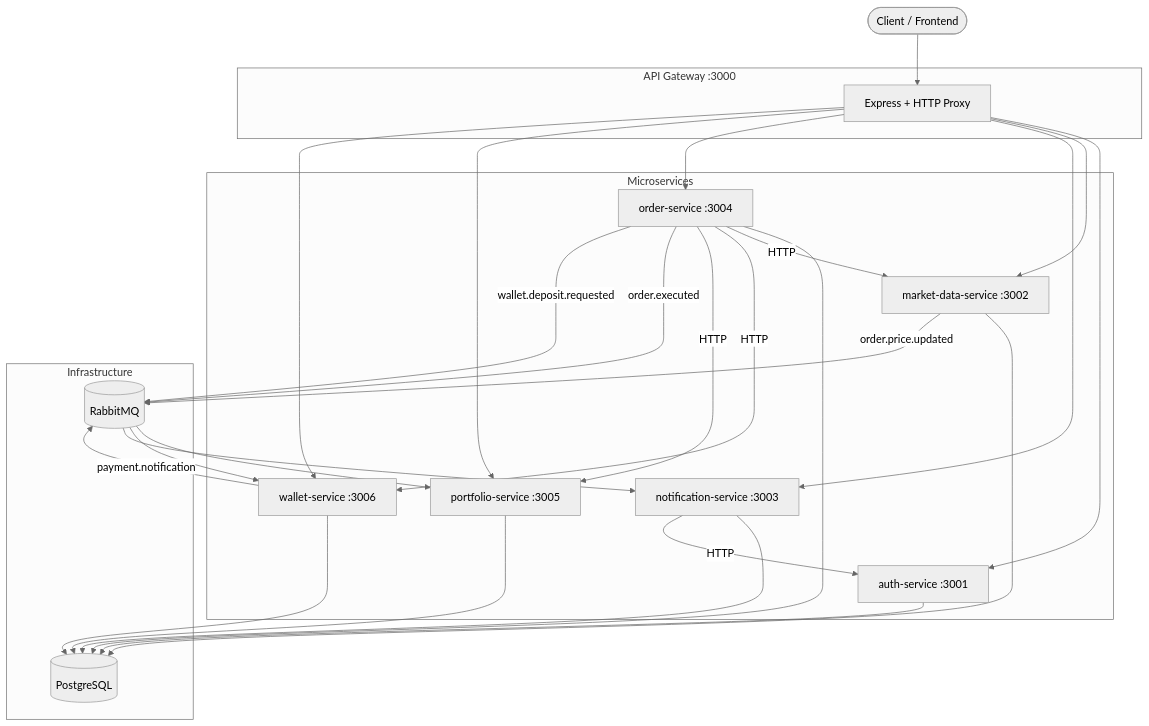
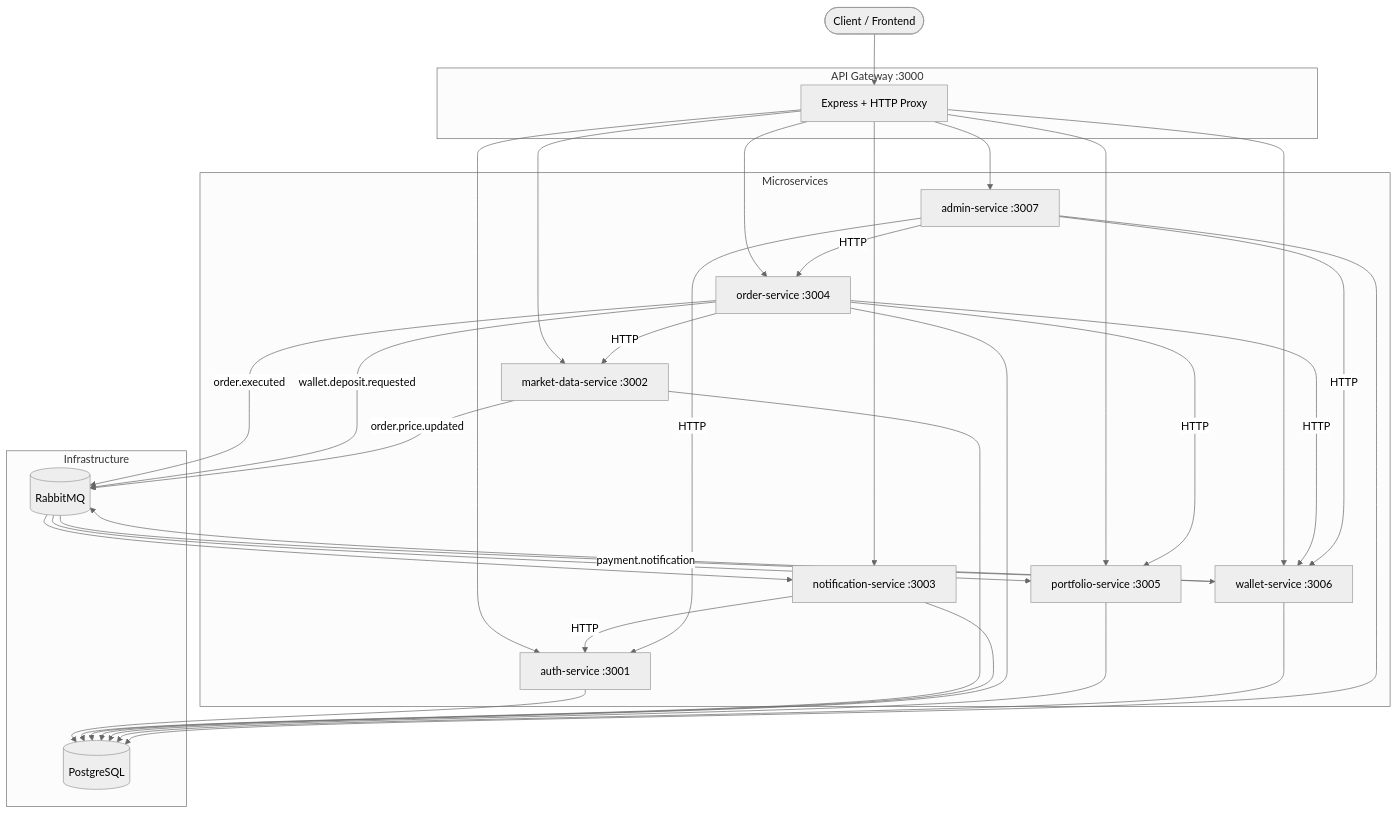
Before and after one commit to belalraza777/Distributed-Trading-Platform.: the first of 2 diagrams in README.md, drawn with Mermaid (neutral theme). The commit also changed other lines of this file and 15 other files, not shown here.

````diff
--- a/README.md
+++ b/README.md
@@ -7,51 +7,57 @@
 ```mermaid
 flowchart TB
     Client([Client / Frontend])
 
     subgraph gateway [API Gateway :3000]
         GW[Express + HTTP Proxy]
     end
 
     subgraph services [Microservices]
         AUTH[auth-service :3001]
         MARKET[market-data-service :3002]
         NOTIFY[notification-service :3003]
         ORDER[order-service :3004]
         PORTFOLIO[portfolio-service :3005]
         WALLET[wallet-service :3006]
+        ADMIN[admin-service :3007]
     end
 
     subgraph infra [Infrastructure]
         PG[(PostgreSQL)]
         RMQ[(RabbitMQ)]
     end
 
     Client --> GW
     GW --> AUTH
     GW --> MARKET
     GW --> NOTIFY
     GW --> ORDER
     GW --> PORTFOLIO
     GW --> WALLET
+    GW --> ADMIN
 
     AUTH --> PG
     MARKET --> PG
     NOTIFY --> PG
     ORDER --> PG
     PORTFOLIO --> PG
     WALLET --> PG
+    ADMIN --> PG
 
     ORDER -->|HTTP| MARKET
     ORDER -->|HTTP| WALLET
     ORDER -->|HTTP| PORTFOLIO
     NOTIFY -->|HTTP| AUTH
+    ADMIN -->|HTTP| AUTH
+    ADMIN -->|HTTP| ORDER
+    ADMIN -->|HTTP| WALLET
 
     ORDER -->|order.executed| RMQ
     ORDER -->|wallet.deposit.requested| RMQ
     WALLET -->|payment.notification| RMQ
     MARKET -->|order.price.updated| RMQ
 
     RMQ --> PORTFOLIO
     RMQ --> WALLET
     RMQ --> NOTIFY
 ```
````
